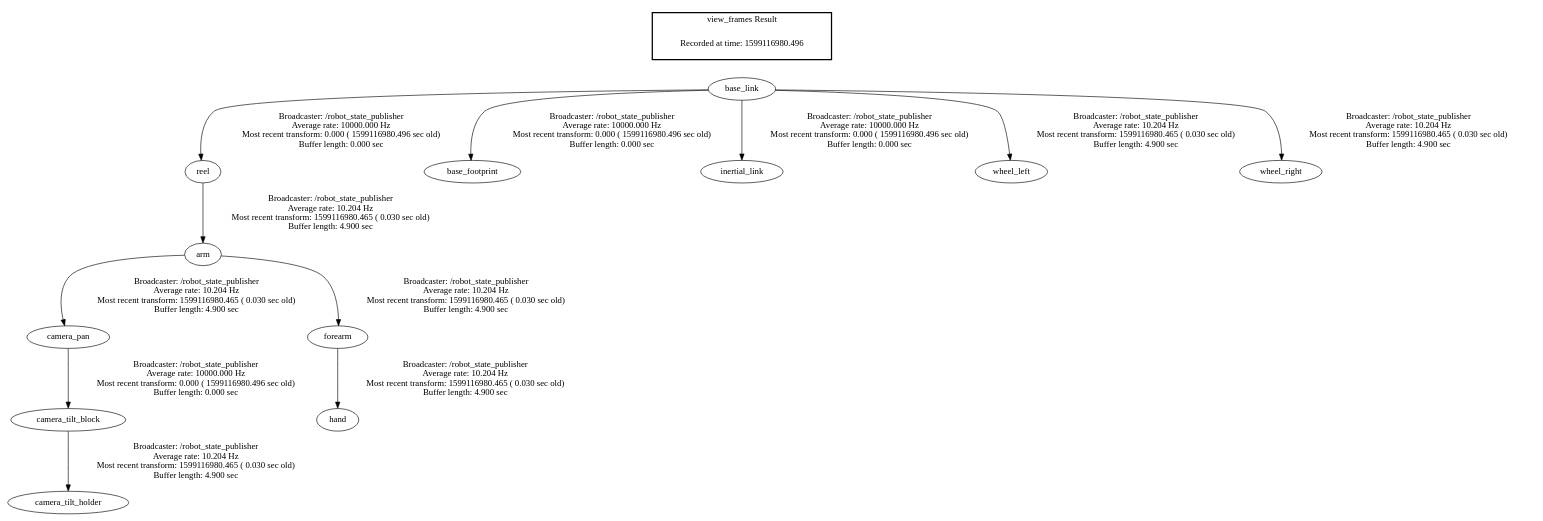
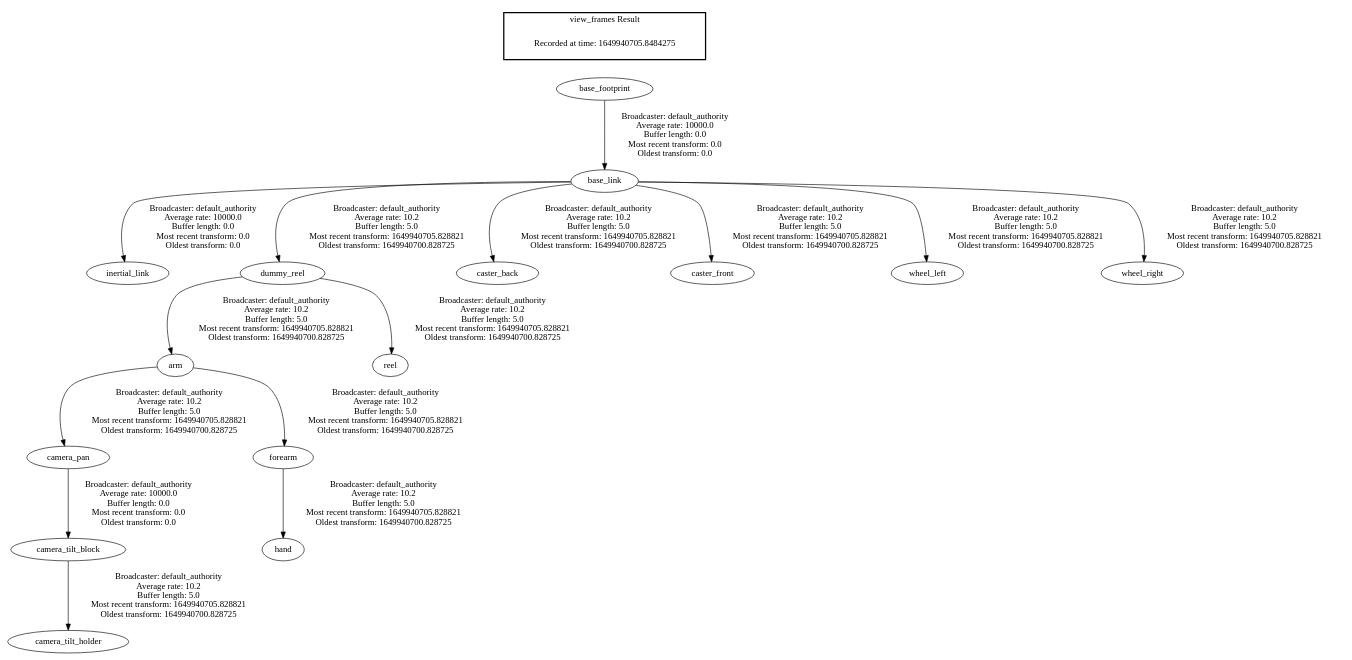
Before and after one commit to curtinrobotics/KennyEchidna: the diagram in frames.gv, drawn with Graphviz. The commit also changed 4 other files, not shown here.

```diff
--- a/frames.gv
+++ b/frames.gv
@@ -1,17 +1,20 @@
 digraph G {
-"base_link" -> "reel"[label="Broadcaster: /robot_state_publisher\nAverage rate: 10000.000 Hz\nMost recent transform: 0.000 ( 1599116980.496 sec old)\nBuffer length: 0.000 sec\n"];
-"base_link" -> "base_footprint"[label="Broadcaster: /robot_state_publisher\nAverage rate: 10000.000 Hz\nMost recent transform: 0.000 ( 1599116980.496 sec old)\nBuffer length: 0.000 sec\n"];
-"camera_pan" -> "camera_tilt_block"[label="Broadcaster: /robot_state_publisher\nAverage rate: 10000.000 Hz\nMost recent transform: 0.000 ( 1599116980.496 sec old)\nBuffer length: 0.000 sec\n"];
-"arm" -> "camera_pan"[label="Broadcaster: /robot_state_publisher\nAverage rate: 10.204 Hz\nMost recent transform: 1599116980.465 ( 0.030 sec old)\nBuffer length: 4.900 sec\n"];
-"base_link" -> "inertial_link"[label="Broadcaster: /robot_state_publisher\nAverage rate: 10000.000 Hz\nMost recent transform: 0.000 ( 1599116980.496 sec old)\nBuffer length: 0.000 sec\n"];
-"base_link" -> "wheel_left"[label="Broadcaster: /robot_state_publisher\nAverage rate: 10.204 Hz\nMost recent transform: 1599116980.465 ( 0.030 sec old)\nBuffer length: 4.900 sec\n"];
-"base_link" -> "wheel_right"[label="Broadcaster: /robot_state_publisher\nAverage rate: 10.204 Hz\nMost recent transform: 1599116980.465 ( 0.030 sec old)\nBuffer length: 4.900 sec\n"];
-"camera_tilt_block" -> "camera_tilt_holder"[label="Broadcaster: /robot_state_publisher\nAverage rate: 10.204 Hz\nMost recent transform: 1599116980.465 ( 0.030 sec old)\nBuffer length: 4.900 sec\n"];
-"reel" -> "arm"[label="Broadcaster: /robot_state_publisher\nAverage rate: 10.204 Hz\nMost recent transform: 1599116980.465 ( 0.030 sec old)\nBuffer length: 4.900 sec\n"];
-"arm" -> "forearm"[label="Broadcaster: /robot_state_publisher\nAverage rate: 10.204 Hz\nMost recent transform: 1599116980.465 ( 0.030 sec old)\nBuffer length: 4.900 sec\n"];
-"forearm" -> "hand"[label="Broadcaster: /robot_state_publisher\nAverage rate: 10.204 Hz\nMost recent transform: 1599116980.465 ( 0.030 sec old)\nBuffer length: 4.900 sec\n"];
+"base_footprint" -> "base_link"[label=" Broadcaster: default_authority\nAverage rate: 10000.0\nBuffer length: 0.0\nMost recent transform: 0.0\nOldest transform: 0.0\n"];
+"camera_pan" -> "camera_tilt_block"[label=" Broadcaster: default_authority\nAverage rate: 10000.0\nBuffer length: 0.0\nMost recent transform: 0.0\nOldest transform: 0.0\n"];
+"arm" -> "camera_pan"[label=" Broadcaster: default_authority\nAverage rate: 10.2\nBuffer length: 5.0\nMost recent transform: 1649940705.828821\nOldest transform: 1649940700.828725\n"];
+"base_link" -> "inertial_link"[label=" Broadcaster: default_authority\nAverage rate: 10000.0\nBuffer length: 0.0\nMost recent transform: 0.0\nOldest transform: 0.0\n"];
+"base_link" -> "dummy_reel"[label=" Broadcaster: default_authority\nAverage rate: 10.2\nBuffer length: 5.0\nMost recent transform: 1649940705.828821\nOldest transform: 1649940700.828725\n"];
+"arm" -> "forearm"[label=" Broadcaster: default_authority\nAverage rate: 10.2\nBuffer length: 5.0\nMost recent transform: 1649940705.828821\nOldest transform: 1649940700.828725\n"];
+"dummy_reel" -> "arm"[label=" Broadcaster: default_authority\nAverage rate: 10.2\nBuffer length: 5.0\nMost recent transform: 1649940705.828821\nOldest transform: 1649940700.828725\n"];
+"base_link" -> "caster_back"[label=" Broadcaster: default_authority\nAverage rate: 10.2\nBuffer length: 5.0\nMost recent transform: 1649940705.828821\nOldest transform: 1649940700.828725\n"];
+"base_link" -> "caster_front"[label=" Broadcaster: default_authority\nAverage rate: 10.2\nBuffer length: 5.0\nMost recent transform: 1649940705.828821\nOldest transform: 1649940700.828725\n"];
+"base_link" -> "wheel_left"[label=" Broadcaster: default_authority\nAverage rate: 10.2\nBuffer length: 5.0\nMost recent transform: 1649940705.828821\nOldest transform: 1649940700.828725\n"];
+"base_link" -> "wheel_right"[label=" Broadcaster: default_authority\nAverage rate: 10.2\nBuffer length: 5.0\nMost recent transform: 1649940705.828821\nOldest transform: 1649940700.828725\n"];
+"camera_tilt_block" -> "camera_tilt_holder"[label=" Broadcaster: default_authority\nAverage rate: 10.2\nBuffer length: 5.0\nMost recent transform: 1649940705.828821\nOldest transform: 1649940700.828725\n"];
+"dummy_reel" -> "reel"[label=" Broadcaster: default_authority\nAverage rate: 10.2\nBuffer length: 5.0\nMost recent transform: 1649940705.828821\nOldest transform: 1649940700.828725\n"];
+"forearm" -> "hand"[label=" Broadcaster: default_authority\nAverage rate: 10.2\nBuffer length: 5.0\nMost recent transform: 1649940705.828821\nOldest transform: 1649940700.828725\n"];
 edge [style=invis];
  subgraph cluster_legend { style=bold; color=black; label ="view_frames Result";
-"Recorded at time: 1599116980.496"[ shape=plaintext ] ;
- }->"base_link";
+"Recorded at time: 1649940705.8484275"[ shape=plaintext ] ;
+}->"base_footprint";
 }
```
